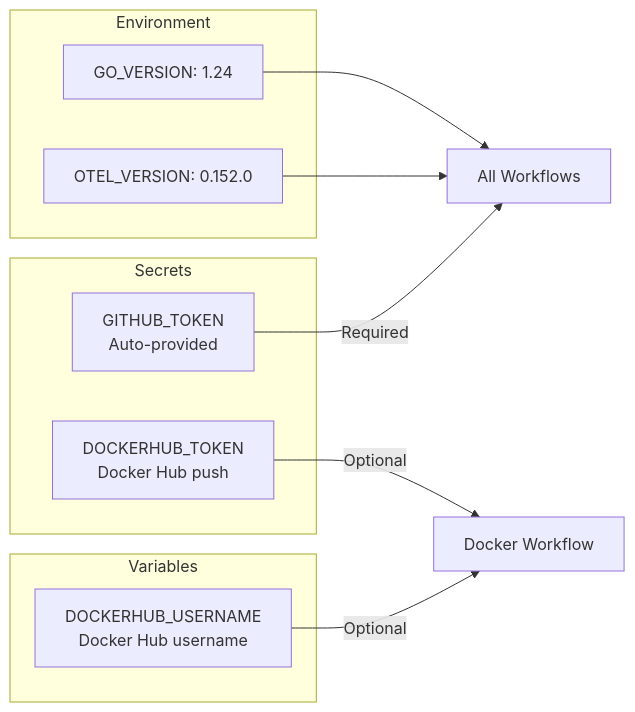
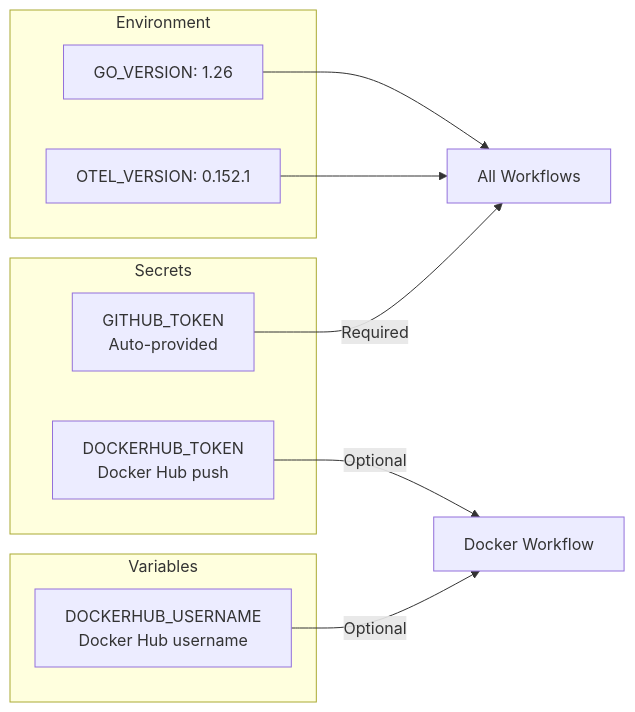
One commit to telemetryflow/telemetryflow-collector changed the tenth of 13 diagrams in docs/GITHUB-WORKFLOWS.md. Above: the diagram before and after it, drawn with Mermaid. The commit also changed other lines of this file and 67 other files, not shown here.

````diff
--- a/docs/GITHUB-WORKFLOWS.md
+++ b/docs/GITHUB-WORKFLOWS.md
@@ -352,22 +352,22 @@
 ```mermaid
 flowchart LR
     subgraph "Secrets"
         GH[GITHUB_TOKEN<br/>Auto-provided]
         DH[DOCKERHUB_TOKEN<br/>Docker Hub push]
     end
 
     subgraph "Variables"
         DHU[DOCKERHUB_USERNAME<br/>Docker Hub username]
     end
 
     subgraph "Environment"
-        GO[GO_VERSION: 1.24]
-        OTEL[OTEL_VERSION: 0.152.0]
+        GO[GO_VERSION: 1.26]
+        OTEL[OTEL_VERSION: 0.152.1]
     end
 
     GH --> |Required| ALL[All Workflows]
     DH --> |Optional| DOCKER[Docker Workflow]
     DHU --> |Optional| DOCKER
     GO --> ALL
     OTEL --> ALL
 ```
````
